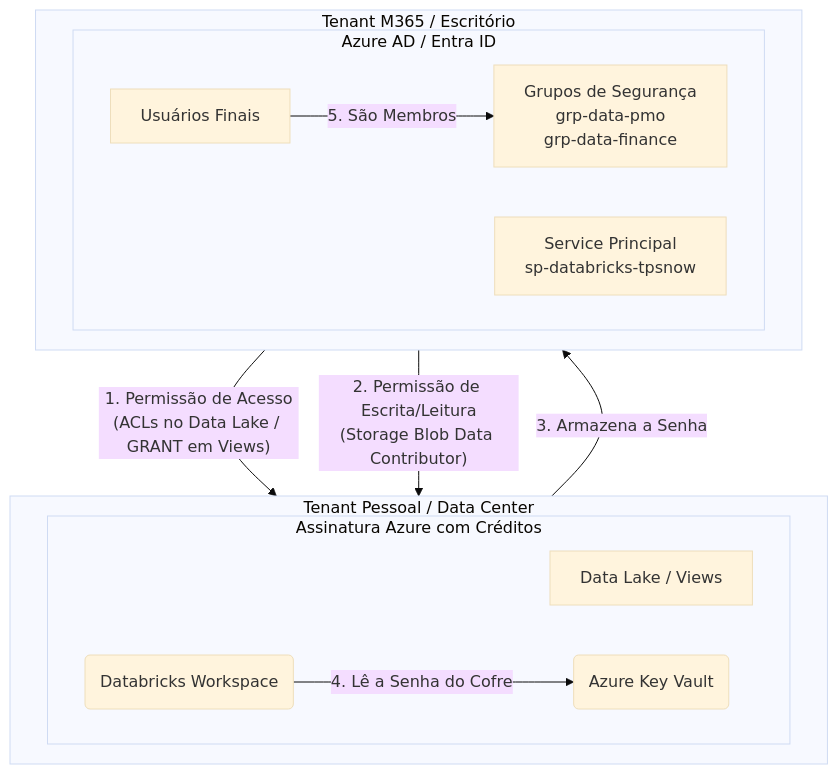
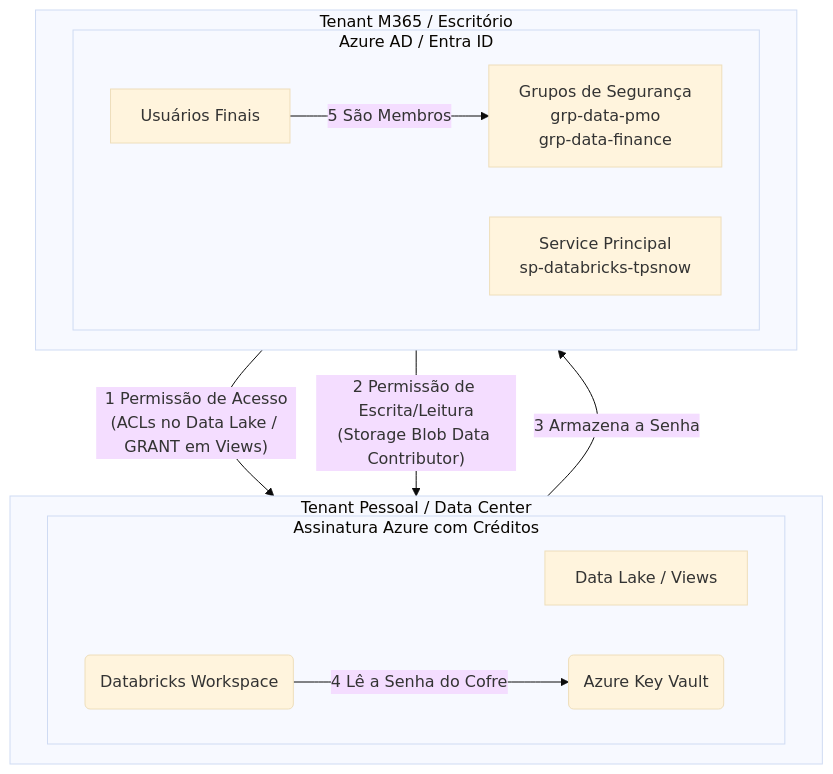
One commit to ribas28/projeto-dados-tasks_planner_snow changed the second of 3 diagrams in README.md. Above: the diagram before and after it, drawn with Mermaid (base theme).

Commit message:
Att11: Nova arquitetura readme

````diff
--- a/README.md
+++ b/README.md
@@ -53,26 +53,26 @@
 ```mermaid
 graph TD;
     subgraph Tenant_A ["Tenant Pessoal / Data Center"]
         direction LR
         subgraph Assinatura_Azure ["Assinatura Azure com Créditos"]
             DataLake["Data Lake / Views"];
             Databricks("Databricks Workspace");
             KeyVault("Azure Key Vault");
         end
     end
 
     subgraph Tenant_M365 ["Tenant M365 / Escritório"]
         direction LR
         subgraph Azure_AD ["Azure AD / Entra ID"]
             Users["Usuários Finais"];
             Groups["Grupos de Segurança<br/>grp-data-pmo<br/>grp-data-finance"];
             SP["Service Principal<br/>sp-databricks-tpsnow"];
         end
     end
 
-    Groups -- "1. Permissão de Acesso<br/>(ACLs no Data Lake / GRANT em Views)" --> DataLake;
-    SP -- "2. Permissão de Escrita/Leitura<br/>(Storage Blob Data Contributor)" --> DataLake;
-    KeyVault -- "3. Armazena a Senha" --> SP;
-    Databricks -- "4. Lê a Senha do Cofre" --> KeyVault;
-    Users -- "5. São Membros" --> Groups;
+    Groups -- "1 Permissão de Acesso<br/>(ACLs no Data Lake / GRANT em Views)" --> DataLake;
+    SP -- "2 Permissão de Escrita/Leitura<br/>(Storage Blob Data Contributor)" --> DataLake;
+    KeyVault -- "3 Armazena a Senha" --> SP;
+    Databricks -- "4 Lê a Senha do Cofre" --> KeyVault;
+    Users -- "5 São Membros" --> Groups;
 ```
````
